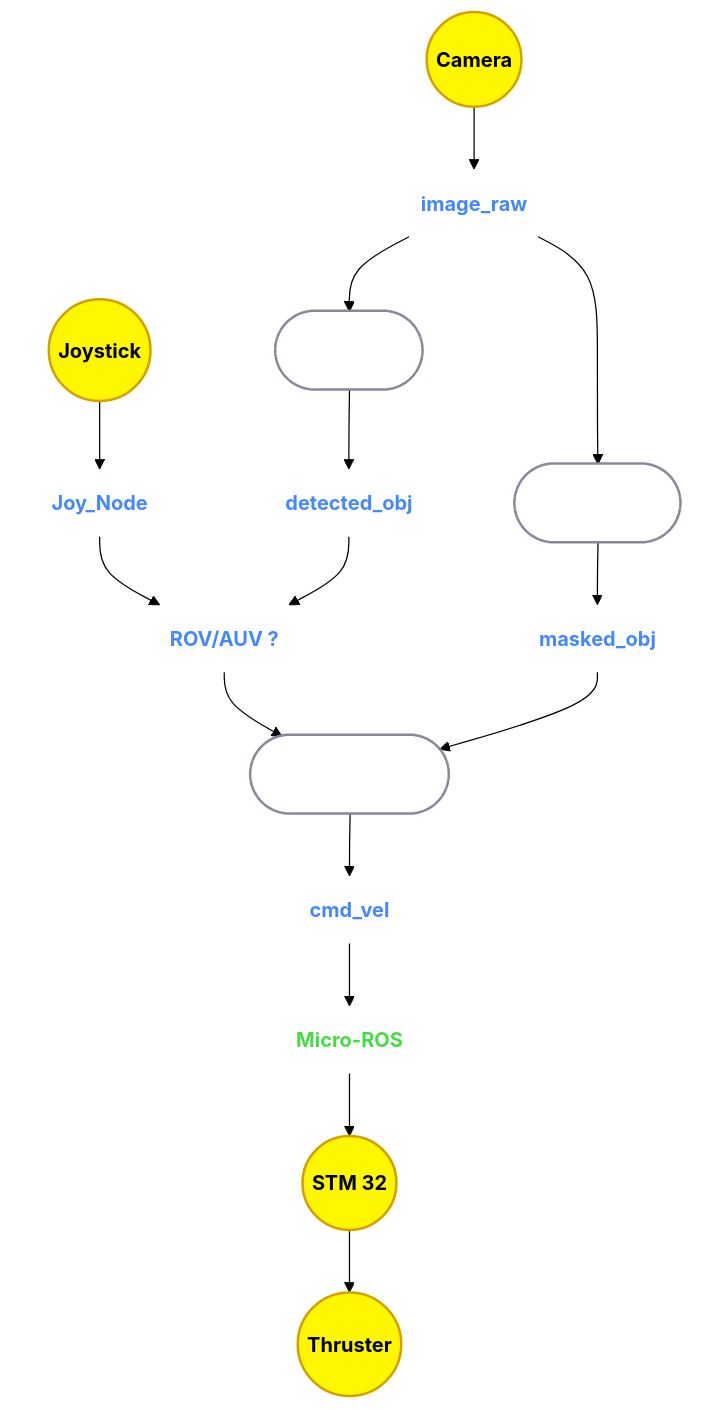
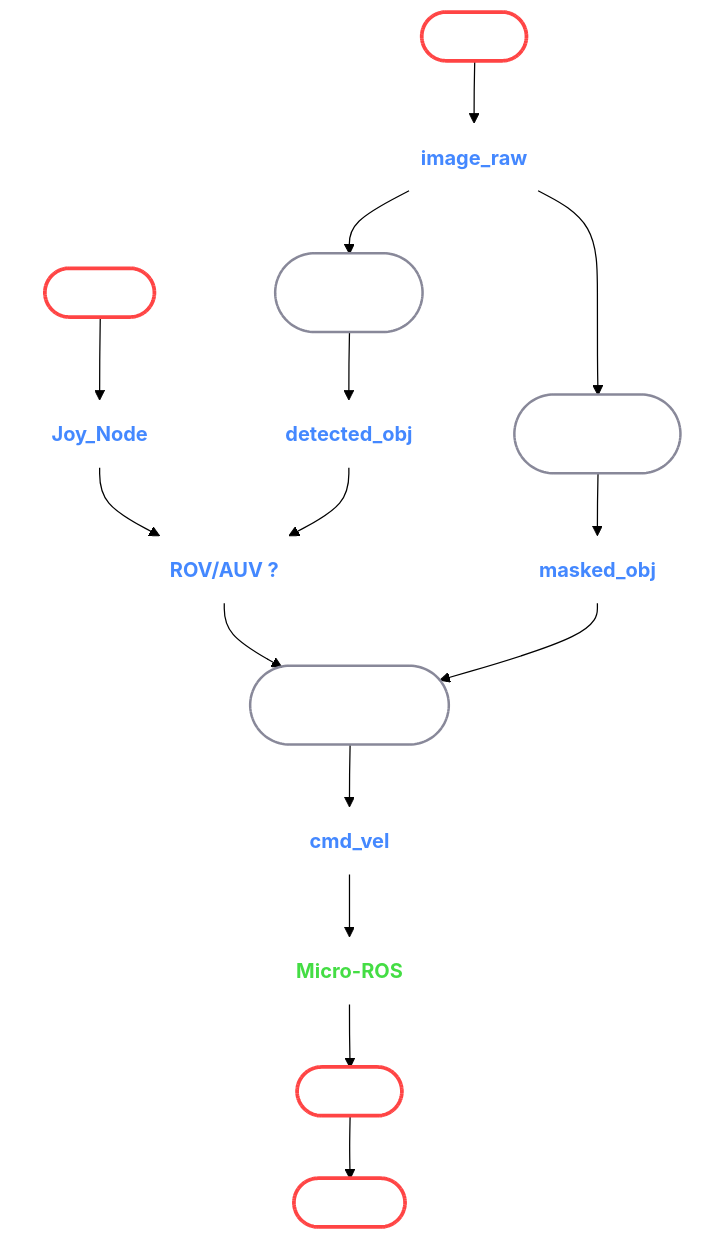
The diagram in README.md (Dackin/C9MagangBanyubramanta_Firdaus-Mangkona), drawn with Mermaid (forest theme) before and after one commit.

Commit message:
Update README.md with new styling for hardware elements

````diff
--- a/README.md
+++ b/README.md
@@ -5,62 +5,61 @@
 ```mermaid
 flowchart TD
     %% --- Definisi Gaya (Styling) ---
 
-    %% Style BARU untuk hardware: Lingkaran Kuning, Teks Hitam
-    classDef hardwareCircle fill:#fff700, stroke:#d4a000, stroke-width:2px, color:#000000, font-weight:bold
+    %% Style BARU: Bingkai Merah, Isi Transparan, Teks Putih
+    classDef hardwareBox fill:transparent, stroke:#ff4444, stroke-width:3px, color:#ffffff
 
-    %% Style untuk elemen lainnya (Topic, Software, Node ROS)
+    %% Style untuk elemen lainnya (Topic & Software)
     classDef topic fill:none, stroke:none, color:#4488ff, font-weight:bold
     classDef software fill:none, stroke:none, color:#44dd44, font-weight:bold
     
-    %% Menggunakan warna teks putih agar kontras di dark mode
+    %% Style standar untuk Node ROS (bingkai abu-abu)
     classDef nodeBox fill:transparent, stroke:#889, stroke-width:2px, color:#ffffff
 
     %% --- Definisi Node ---
 
-    %% Hardware didefinisikan sebagai lingkaran dengan ((...))
-    Joystick((Joystick)):::hardwareCircle
-    STM32((STM 32)):::hardwareCircle
-    Thruster((Thruster)):::hardwareCircle
-    Camera((Camera)):::hardwareCircle
+    %% Hardware: Bentuk bingkai melengkung dengan warna merah
+    Joystick(["Joystick"]):::hardwareBox
+    STM32(["STM 32"]):::hardwareBox
+    Thruster(["Thruster"]):::hardwareBox
+    Camera(["Camera"]):::hardwareBox
 
     %% Node Topic (Teks Biru)
     Joy_Node["Joy_Node"]:::topic
     ROV_AUV["ROV/AUV ?"]:::topic
     detected_obj["detected_obj"]:::topic
     masked_obj["masked_obj"]:::topic
     image_raw["image_raw"]:::topic
     cmd_vel["cmd_vel"]:::topic
 
     %% Node Software (Teks Hijau)
     MicroROS["Micro-ROS"]:::software
 
-    %% Node ROS (Kotak rounded, Teks Putih)
+    %% Node ROS standar (Kotak rounded, bingkai abu-abu)
     MissionPlanner(["Mission Planner<br>w/ Behavior Tree"]):::nodeBox
     OpenVino(["OpenVino<br>(obj detect)"]):::nodeBox
     OpenCV(["OpenCV<br>(color detect)"]):::nodeBox
-
 
     %% --- Koneksi / Alur Flowchart ---
     Joystick --> Joy_Node
     Joy_Node --> ROV_AUV
     ROV_AUV --> MissionPlanner
 
     OpenVino --> detected_obj
     detected_obj --> ROV_AUV
 
     Camera --> image_raw
 
     image_raw --> OpenVino
     image_raw --> OpenCV
 
     OpenCV --> masked_obj
     masked_obj --> MissionPlanner
 
     MissionPlanner --> cmd_vel
     cmd_vel --> MicroROS
 
     %% Alur ke Hardware
     MicroROS --> STM32
     STM32 --> Thruster
 ```
````
